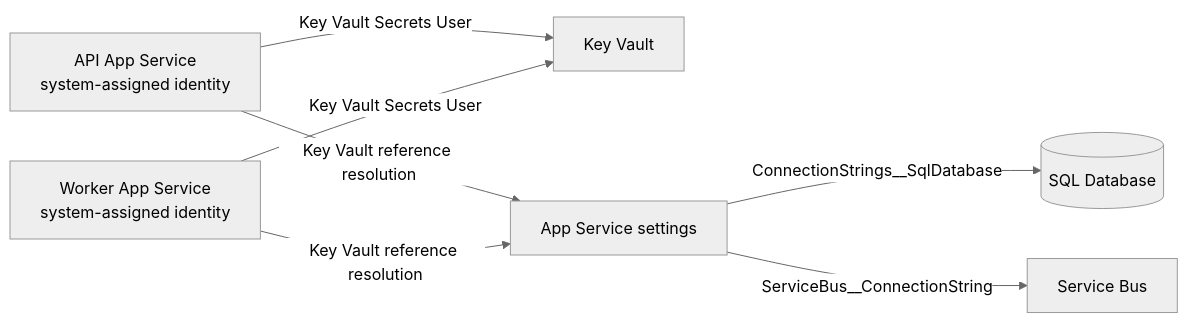
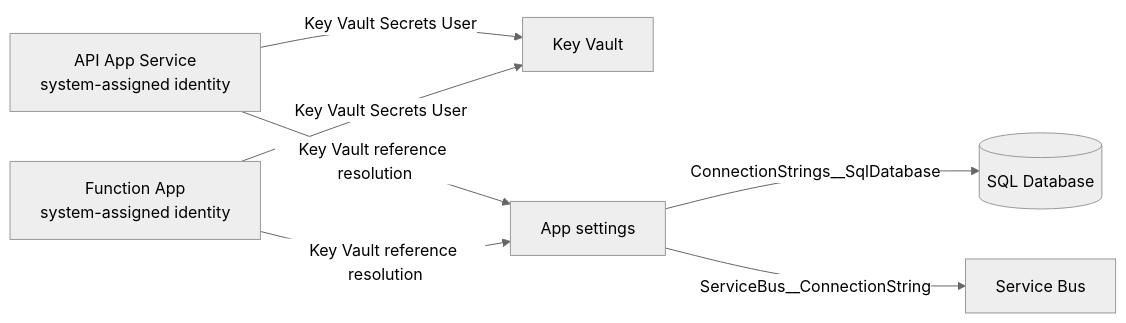
The diagram in docs/azure-resource-mapping.md (JDSRAO/EmployeeOnBoarding), drawn with Mermaid (neutral theme) before and after one commit. The commit also changed other lines of this file and 32 other files, not shown here.

````diff
--- a/docs/azure-resource-mapping.md
+++ b/docs/azure-resource-mapping.md
@@ -79,9 +81,9 @@
 ```mermaid
 flowchart LR
     API[API App Service<br/>system-assigned identity] -->|Key Vault Secrets User| KV[Key Vault]
-    Worker[Worker App Service<br/>system-assigned identity] -->|Key Vault Secrets User| KV
-    API -->|Key Vault reference resolution| Settings[App Service settings]
-    Worker -->|Key Vault reference resolution| Settings
+    Function[Function App<br/>system-assigned identity] -->|Key Vault Secrets User| KV
+    API -->|Key Vault reference resolution| Settings[App settings]
+    Function -->|Key Vault reference resolution| Settings
     Settings -->|ConnectionStrings__SqlDatabase| SQL[(SQL Database)]
     Settings -->|ServiceBus__ConnectionString| SB[Service Bus]
 ```
````
